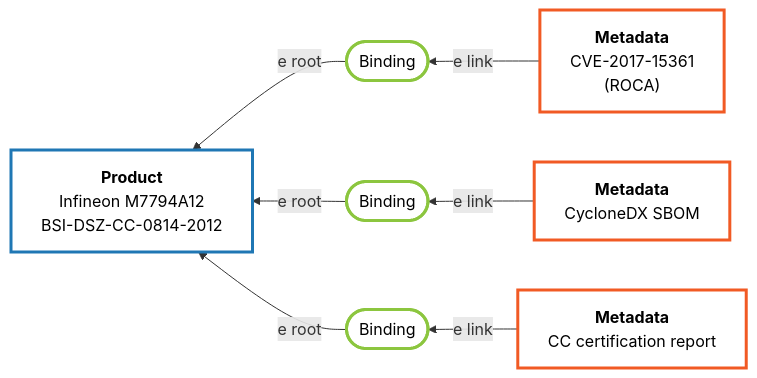
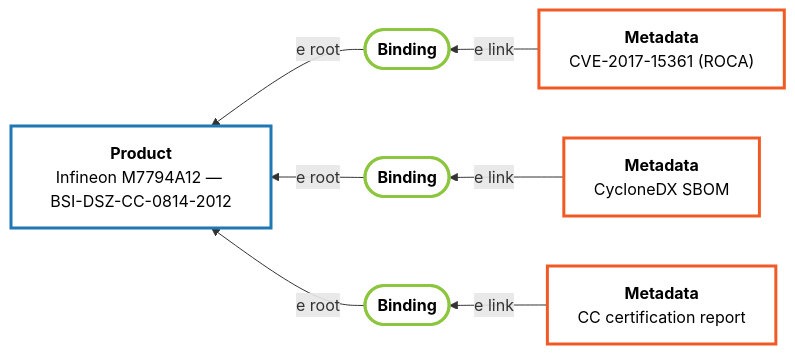
The diagram in README.md (crocs-muni/scrutiny-fabric), drawn with Mermaid before and after one commit.

Commit message:
fix(docs): use mermaid markdown strings for README graph labels (bold headers, GitHub-safe)

````diff
--- a/README.md
+++ b/README.md
@@ -7,24 +7,32 @@
 ```mermaid
 graph RL
-    P[<b>Product</b><br/>Infineon M7794A12<br/>BSI-DSZ-CC-0814-2012]:::product
+    P["`**Product**
 
-    B1([Binding]):::binding
-    B2([Binding]):::binding
-    B3([Binding]):::binding
+Infineon M7794A12 — BSI-DSZ-CC-0814-2012`"]:::product
 
-    M1["<b>Metadata</b><br/>CVE-2017-15361<br/>(ROCA)"]:::metadata
-    M2[<b>Metadata</b><br/>CycloneDX SBOM]:::metadata
-    M3[<b>Metadata</b><br/>CC certification report]:::metadata
+    B1(["`**Binding**`"]):::binding
+    B2(["`**Binding**`"]):::binding
+    B3(["`**Binding**`"]):::binding
+
+    M1["`**Metadata**
+
+CVE-2017-15361 (ROCA)`"]:::metadata
+    M2["`**Metadata**
+
+CycloneDX SBOM`"]:::metadata
+    M3["`**Metadata**
+
+CC certification report`"]:::metadata
 
     B1 -->|e root| P
     B2 -->|e root| P
     B3 -->|e root| P
 
     M1 -->|e link| B1
     M2 -->|e link| B2
     M3 -->|e link| B3
 
     classDef product fill:#fff,stroke:#1f77b4,stroke-width:3px,color:#000
     classDef binding fill:#fff,stroke:#8cc63f,stroke-width:3px,color:#000
     classDef metadata fill:#fff,stroke:#f15a24,stroke-width:3px,color:#000
 ```
````
